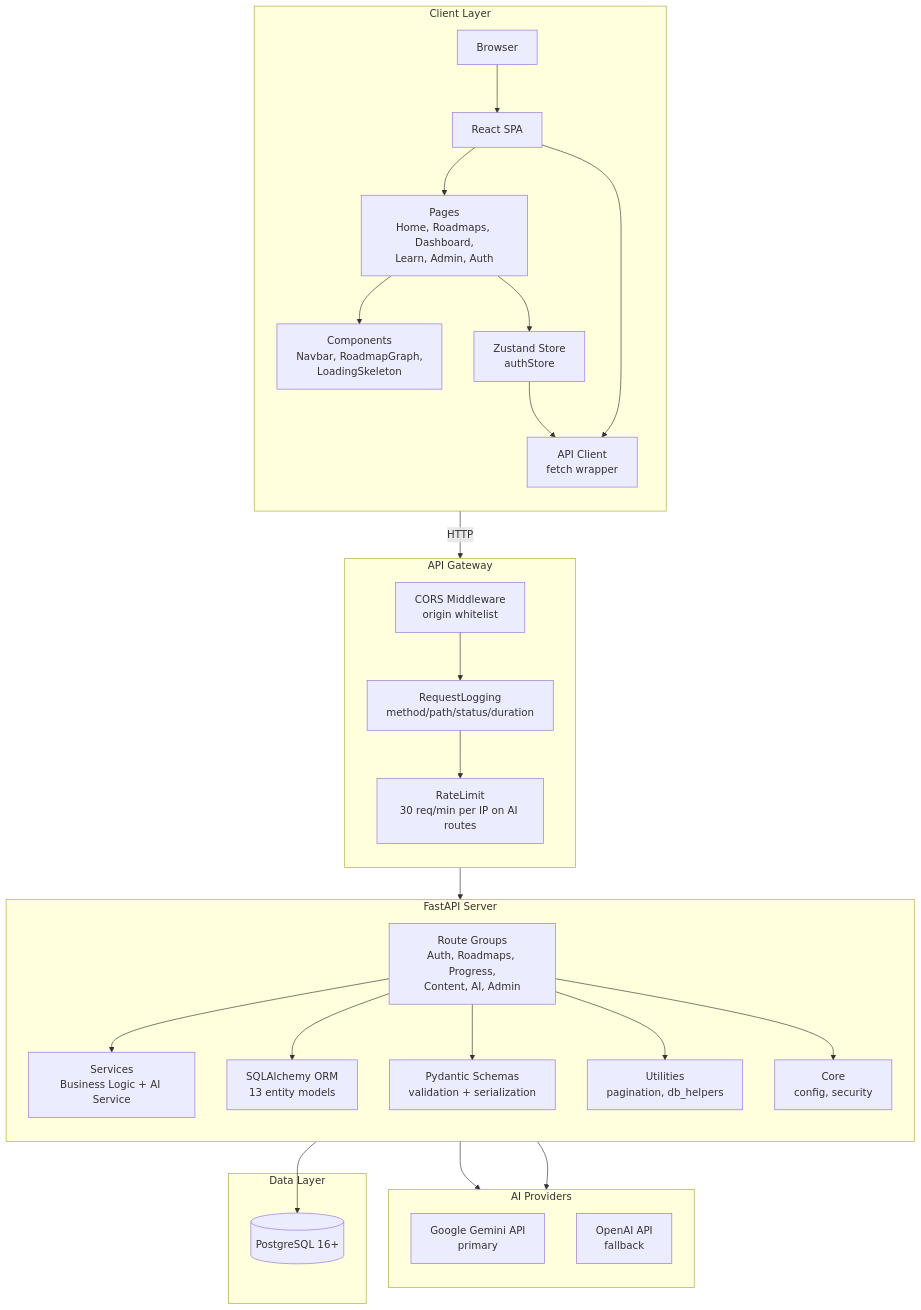
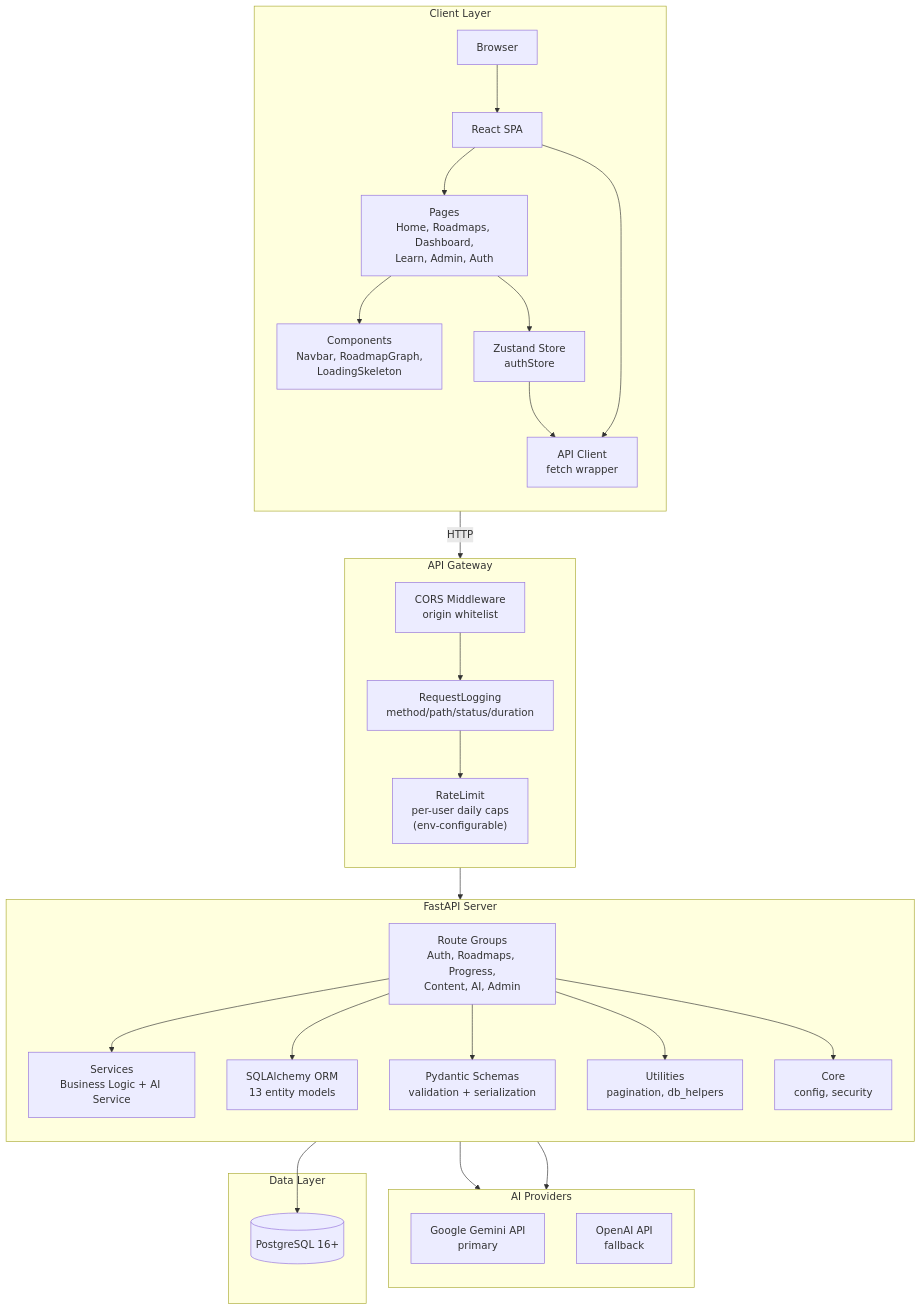
The diagram in README.md (learnerforge/Roadmaps-generator), drawn with Mermaid before and after one commit. The commit also changed other lines of this file and 6 other files, not shown here.

````diff
--- a/README.md
+++ b/README.md
@@ -136,60 +148,60 @@
 ```mermaid
 flowchart TB
     subgraph CLIENT["Client Layer"]
         direction TB
         Browser["Browser"]
         SPA["React SPA"]
         Pages["Pages\nHome, Roadmaps, Dashboard,\nLearn, Admin, Auth"]
         Components["Components\nNavbar, RoadmapGraph,\nLoadingSkeleton"]
         Store["Zustand Store\nauthStore"]
         API["API Client\nfetch wrapper"]
 
         Browser --> SPA
         SPA --> Pages
         SPA --> API
         Pages --> Components
         Pages --> Store
         Store --> API
     end
 
     subgraph GATEWAY["API Gateway"]
         direction TB
         CORS["CORS Middleware\norigin whitelist"]
         Logging["RequestLogging\nmethod/path/status/duration"]
-        RateLimit["RateLimit\n30 req/min per IP on AI routes"]
+        RateLimit["RateLimit\nper-user daily caps\n(env-configurable)"]
 
         CORS --> Logging --> RateLimit
     end
 
     subgraph SERVER["FastAPI Server"]
         direction TB
         Routes["Route Groups\nAuth, Roadmaps, Progress,\nContent, AI, Admin"]
         Services["Services\nBusiness Logic + AI Service"]
         ORM["SQLAlchemy ORM\n13 entity models"]
         Schemas["Pydantic Schemas\nvalidation + serialization"]
         Utils["Utilities\npagination, db_helpers"]
         Core["Core\nconfig, security"]
 
         RateLimit --> Routes
         Routes --> Services
         Routes --> ORM
         Routes --> Schemas
         Routes --> Utils
         Routes --> Core
     end
 
     subgraph AI_PROVIDERS["AI Providers"]
         direction TB
         Gemini["Google Gemini API\nprimary"]
         OpenAI["OpenAI API\nfallback"]
     end
 
     subgraph STORAGE["Data Layer"]
         PG[("PostgreSQL 16+")]
     end
 
     API -->|"HTTP"| CORS
     Services --> Gemini
     Services --> OpenAI
     ORM --> PG
 ```
````
